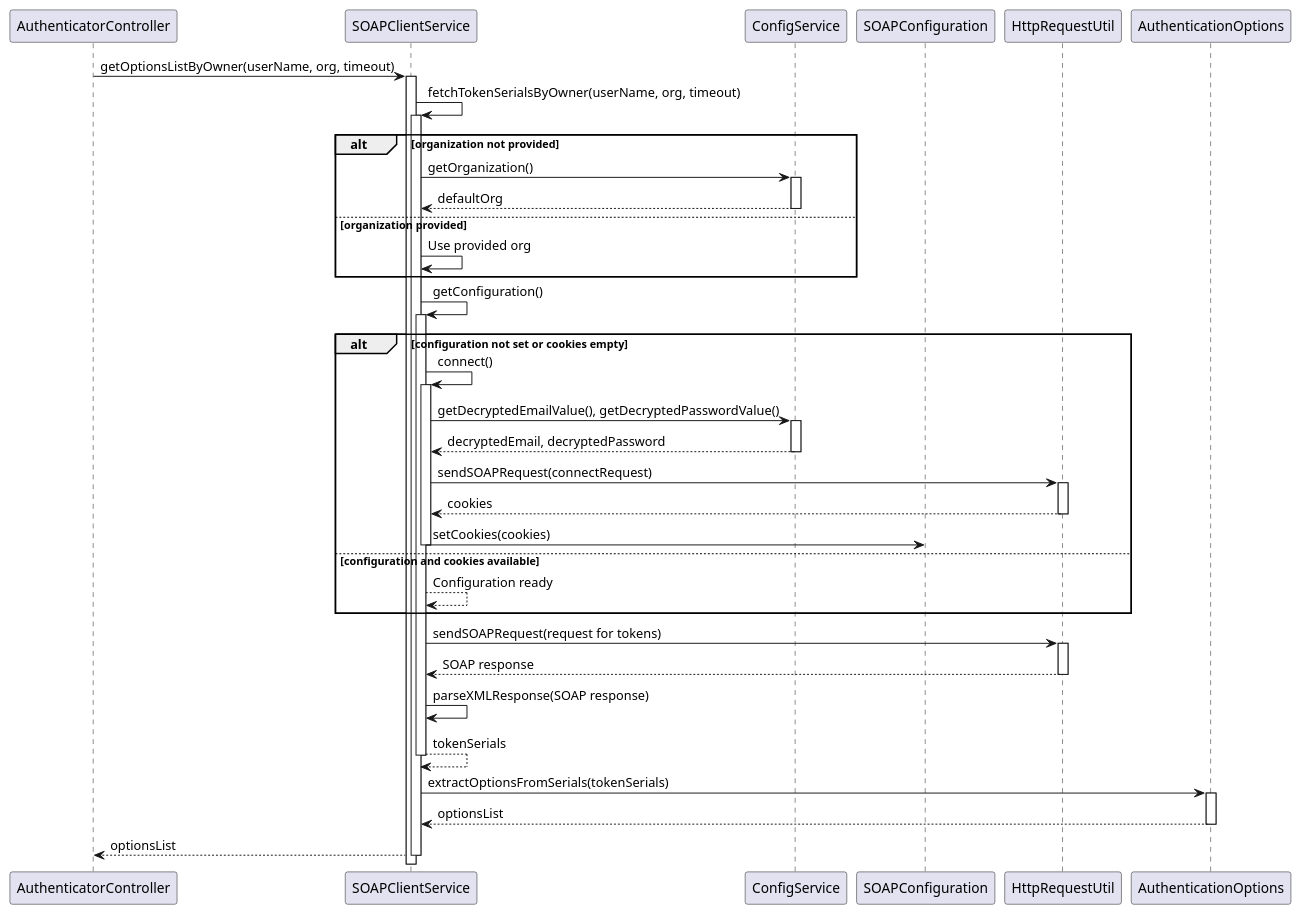
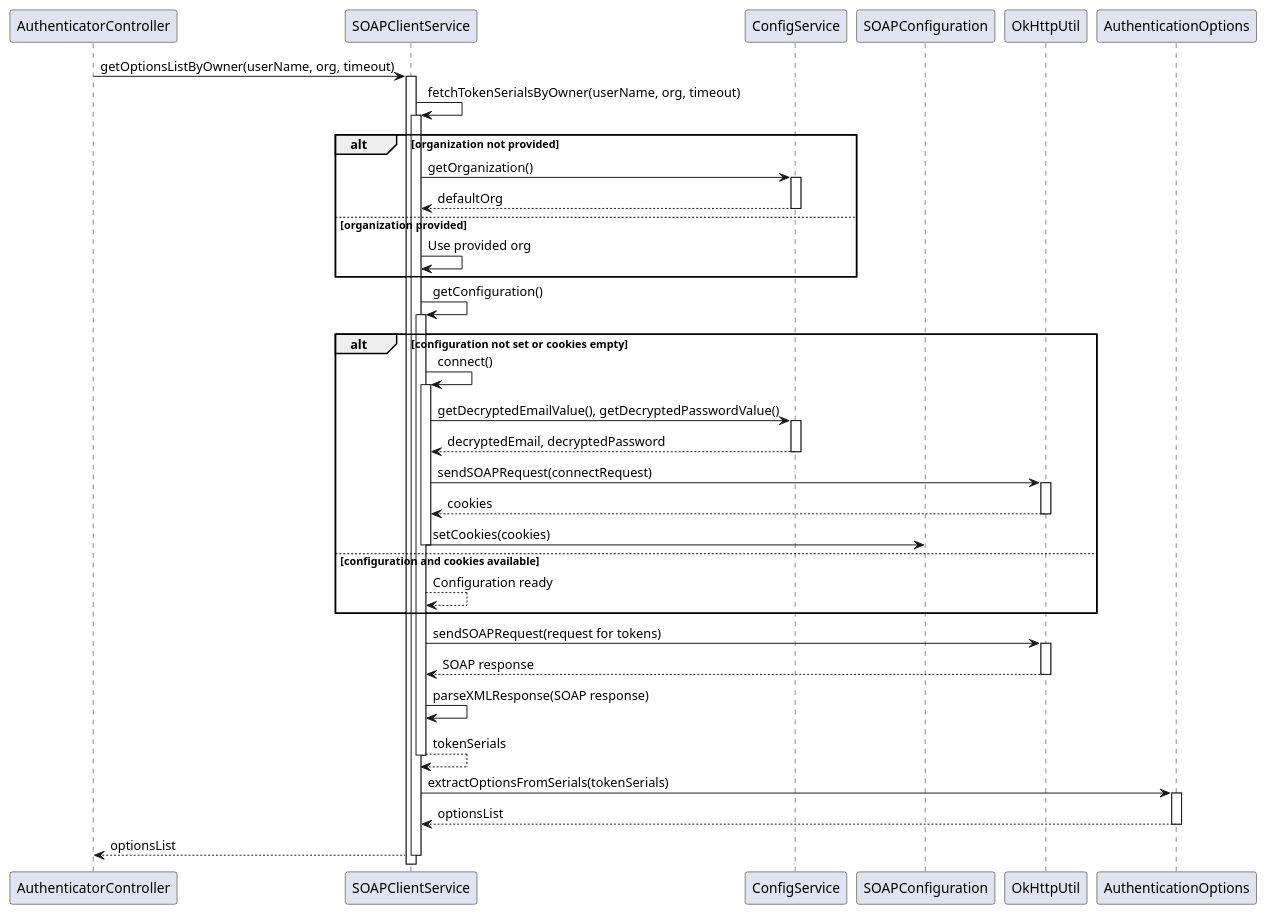
Before and after one commit to thalesdemo/safenet-auth-api: the diagram in docs/uml/TokenService.getOptionsListByOwner.puml, drawn with PlantUML. The commit also changed 6 other files, not shown here.

```diff
--- a/docs/uml/TokenService.getOptionsListByOwner.puml
+++ b/docs/uml/TokenService.getOptionsListByOwner.puml
@@ -1,59 +1,59 @@
 @startuml optionsListByOwner_sequence
 participant "AuthenticatorController" as Client
 participant "SOAPClientService" as SOAPService
 participant "ConfigService" as Config
 participant "SOAPConfiguration" as SOAPConfig
-participant "HttpRequestUtil" as HTTPUtil
+participant "OkHttpUtil" as HTTPUtil
 participant "AuthenticationOptions" as AuthOptions
 
 Client -> SOAPService : getOptionsListByOwner(userName, org, timeout)
 activate SOAPService
 
 SOAPService -> SOAPService : fetchTokenSerialsByOwner(userName, org, timeout)
 activate SOAPService
 
 alt organization not provided
     SOAPService -> Config : getOrganization()
     activate Config
     Config --> SOAPService : defaultOrg
     deactivate Config
 else organization provided
     SOAPService -> SOAPService : Use provided org
 end
 
 SOAPService -> SOAPService : getConfiguration()
 activate SOAPService
 alt configuration not set or cookies empty
     SOAPService -> SOAPService : connect()
     activate SOAPService
     SOAPService -> Config : getDecryptedEmailValue(), getDecryptedPasswordValue()
     activate Config
     Config --> SOAPService : decryptedEmail, decryptedPassword
     deactivate Config
     SOAPService -> HTTPUtil : sendSOAPRequest(connectRequest)
     activate HTTPUtil
     HTTPUtil --> SOAPService : cookies
     deactivate HTTPUtil
     SOAPService -> SOAPConfig : setCookies(cookies)
     deactivate SOAPService
 else configuration and cookies available
     SOAPService --> SOAPService : Configuration ready
 end
 
 SOAPService -> HTTPUtil : sendSOAPRequest(request for tokens)
 activate HTTPUtil
 HTTPUtil --> SOAPService : SOAP response
 deactivate HTTPUtil
 
 SOAPService -> SOAPService : parseXMLResponse(SOAP response)
 SOAPService --> SOAPService : tokenSerials
 deactivate SOAPService
 
 SOAPService -> AuthOptions : extractOptionsFromSerials(tokenSerials)
 activate AuthOptions
 AuthOptions --> SOAPService : optionsList
 deactivate AuthOptions
 
 SOAPService --> Client : optionsList
 deactivate SOAPService
 @enduml
```
